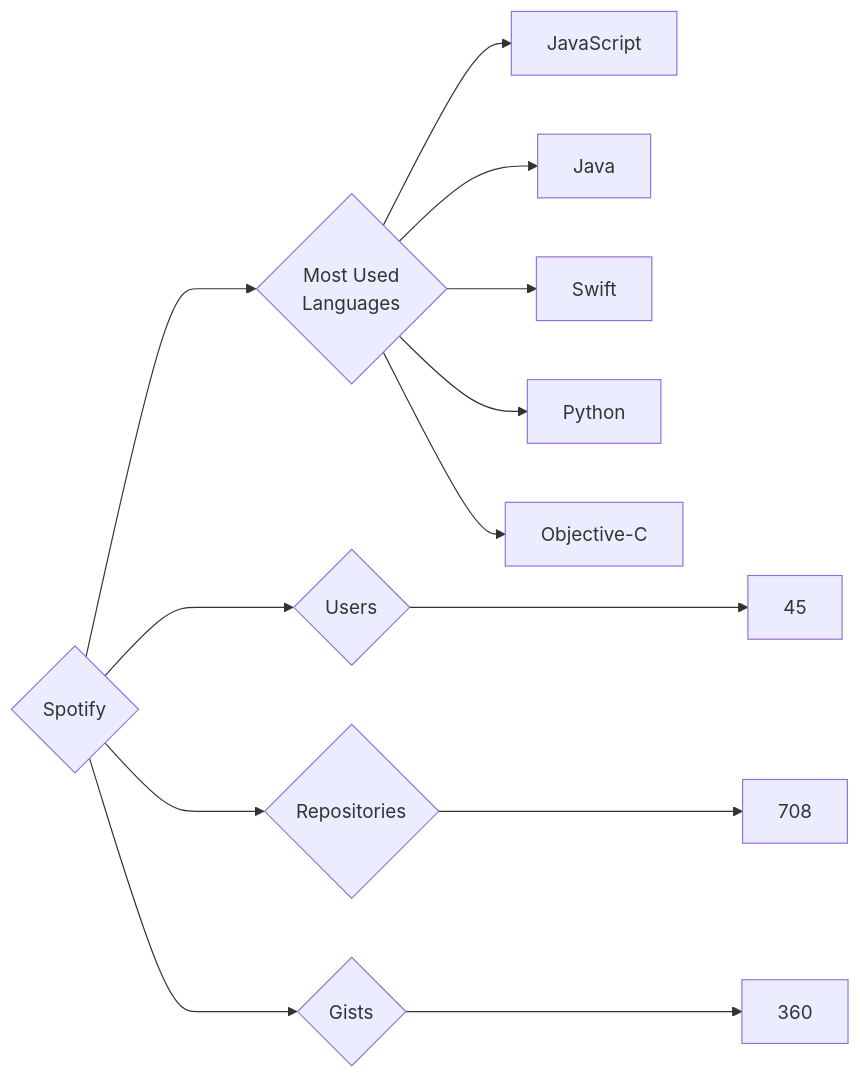
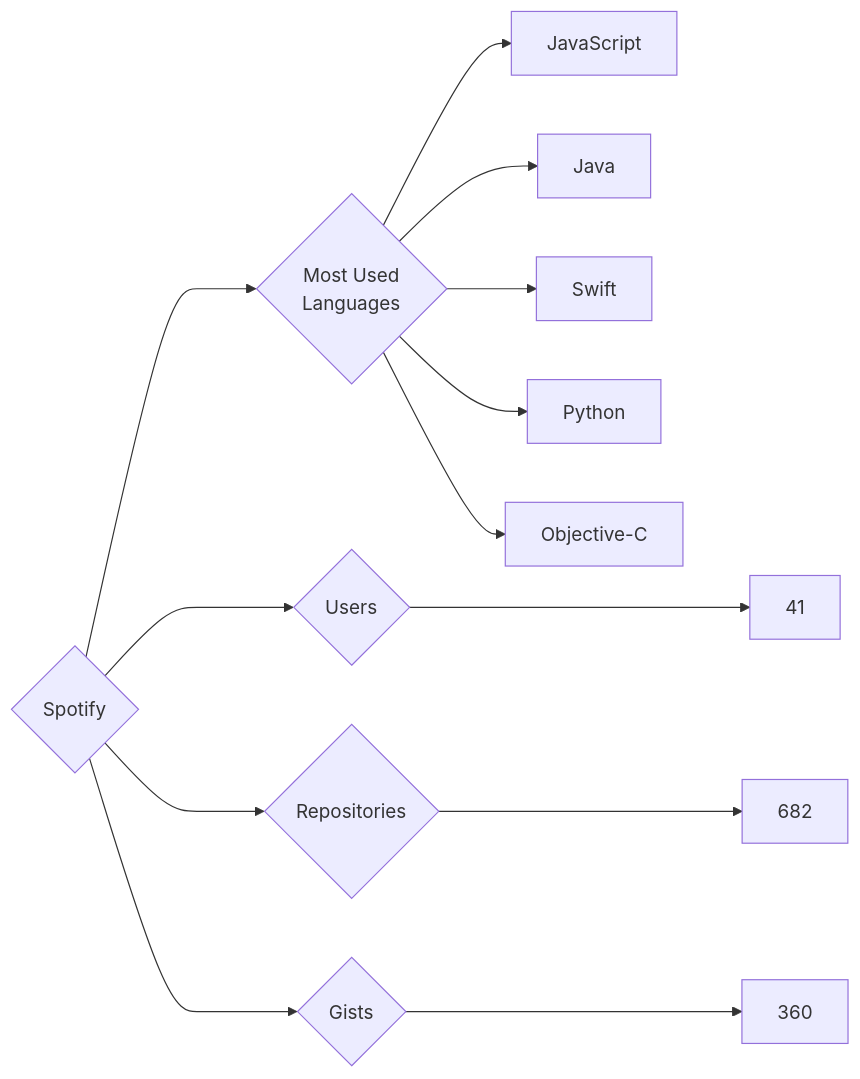
Before and after one commit to trickest/insiders: the diagram in targets/Spotify/README.md, drawn with Mermaid. The commit also changed 681 other files, not shown here.

````diff
--- a/targets/Spotify/README.md
+++ b/targets/Spotify/README.md
@@ -3,13 +3,13 @@
 ```mermaid
 graph LR
 COMPANY_NAME{Spotify}
-COMPANY_NAME ---> U{Users} ---> UN[45]
-COMPANY_NAME ---> R{Repositories} ---> RN[708]
+COMPANY_NAME ---> U{Users} ---> UN[41]
+COMPANY_NAME ---> R{Repositories} ---> RN[682]
 COMPANY_NAME ---> G{Gists} ---> GN[360]
 COMPANY_NAME ---> ML{Most Used<br>Languages}
 ML --> JavaScript[JavaScript]
 ML --> Java[Java]
 ML --> Swift[Swift]
 ML --> Python[Python]
 ML --> Objective-C[Objective-C]
 ```
````
